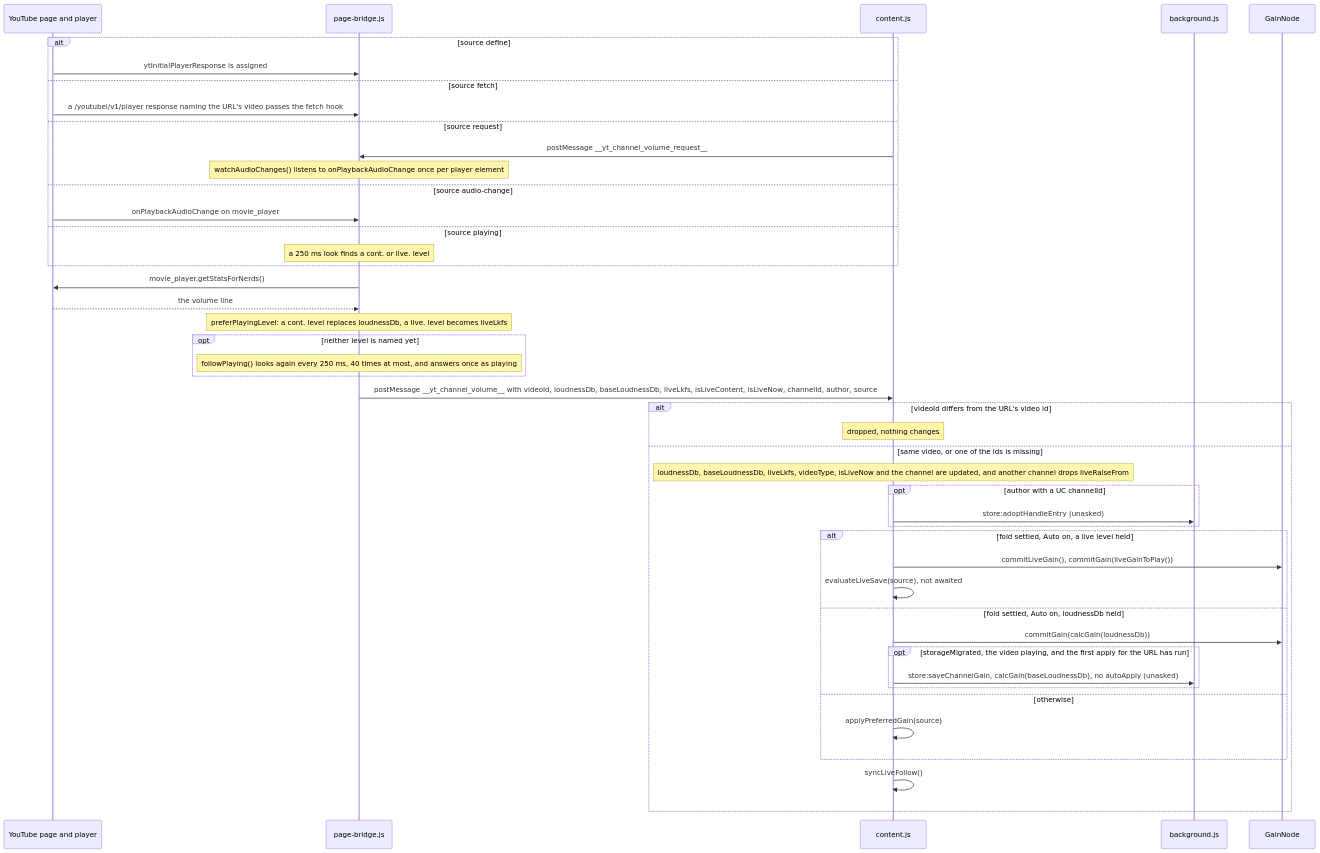
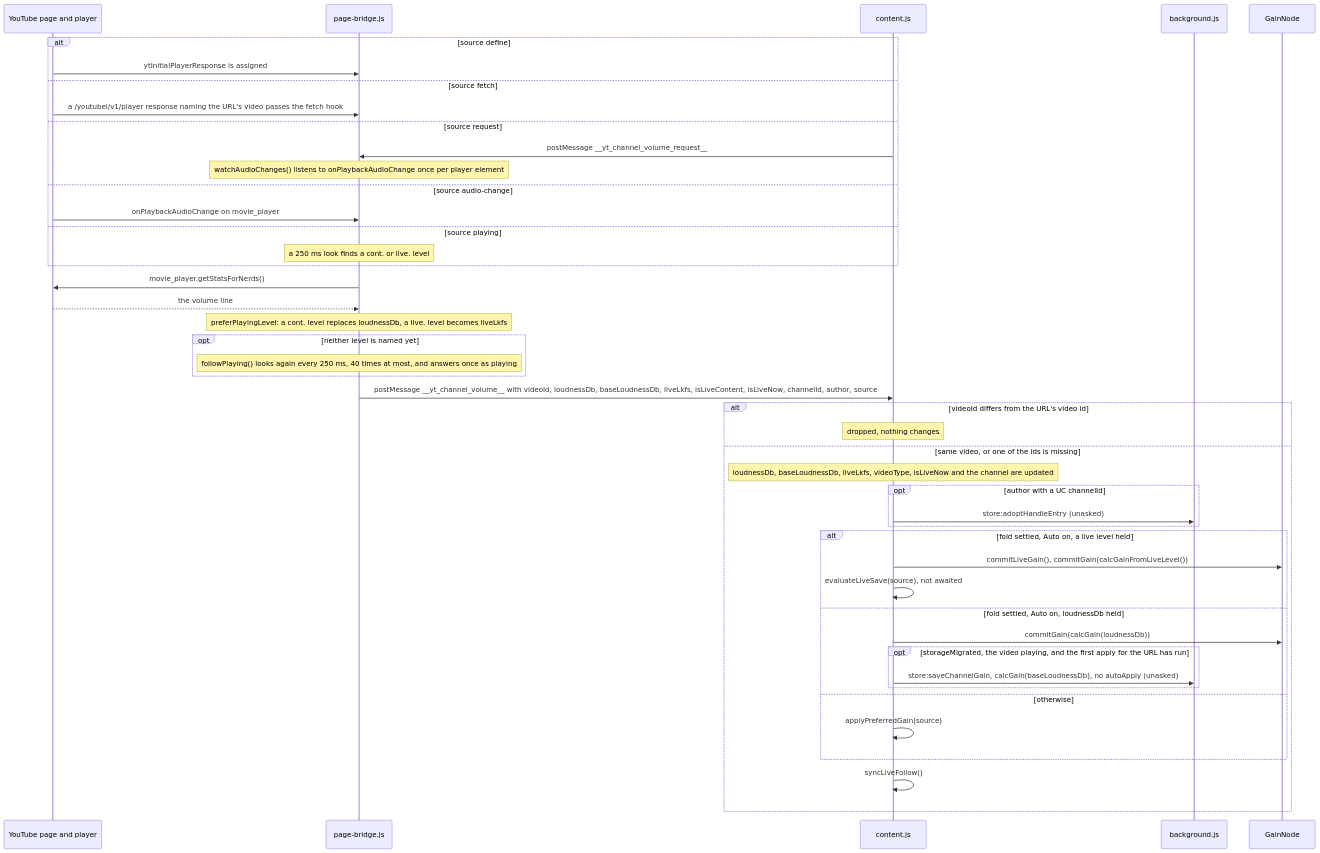
One commit to semnil/yt-channel-volume changed the eighth of 14 diagrams in docs/gain-change-and-save.md. Above: the diagram before and after it, drawn with Mermaid. The commit also changed other lines of this file and 4 other files, not shown here.

Commit message:
docs: describe the live follow as playing the gain the level asks for every second

````diff
--- a/docs/gain-change-and-save.md
+++ b/docs/gain-change-and-save.md
@@ -404,47 +403,47 @@
 ```mermaid
 sequenceDiagram
   participant Y as YouTube page and player
   participant B as page-bridge.js
   participant C as content.js
   participant W as background.js
   participant G as GainNode
   alt source define
     Y->>B: ytInitialPlayerResponse is assigned
   else source fetch
     Y->>B: a /youtubei/v1/player response naming the URL's video passes the fetch hook
   else source request
     C->>B: postMessage __yt_channel_volume_request__
     Note over B: watchAudioChanges() listens to onPlaybackAudioChange once per player element
   else source audio-change
     Y->>B: onPlaybackAudioChange on movie_player
   else source playing
     Note over B: a 250 ms look finds a cont. or live. level
   end
   B->>Y: movie_player.getStatsForNerds()
   Y-->>B: the volume line
   Note over B: preferPlayingLevel: a cont. level replaces loudnessDb, a live. level becomes liveLkfs
   opt neither level is named yet
     Note over B: followPlaying() looks again every 250 ms, 40 times at most, and answers once as playing
   end
   B->>C: postMessage __yt_channel_volume__ with videoId, loudnessDb, baseLoudnessDb, liveLkfs, isLiveContent, isLiveNow, channelId, author, source
   alt videoId differs from the URL's video id
     Note over C: dropped, nothing changes
   else same video, or one of the ids is missing
-    Note over C: loudnessDb, baseLoudnessDb, liveLkfs, videoType, isLiveNow and the channel are updated, and another channel drops liveRaiseFrom
+    Note over C: loudnessDb, baseLoudnessDb, liveLkfs, videoType, isLiveNow and the channel are updated
     opt author with a UC channelId
       C->>W: store:adoptHandleEntry (unasked)
     end
     alt fold settled, Auto on, a live level held
-      C->>G: commitLiveGain(), commitGain(liveGainToPlay())
+      C->>G: commitLiveGain(), commitGain(calcGainFromLiveLevel())
       C->>C: evaluateLiveSave(source), not awaited
     else fold settled, Auto on, loudnessDb held
       C->>G: commitGain(calcGain(loudnessDb))
       opt storageMigrated, the video playing, and the first apply for the URL has run
         C->>W: store:saveChannelGain, calcGain(baseLoudnessDb), no autoApply (unasked)
       end
     else otherwise
       C->>C: applyPreferredGain(source)
     end
     C->>C: syncLiveFollow()
   end
 ```
````
